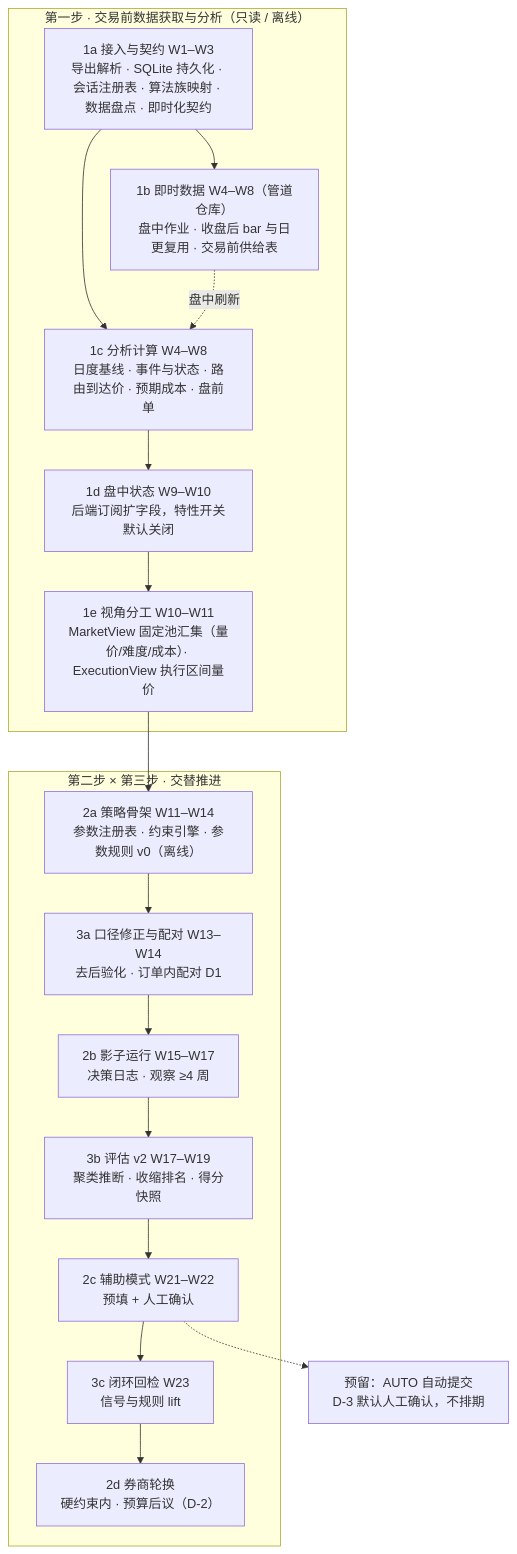
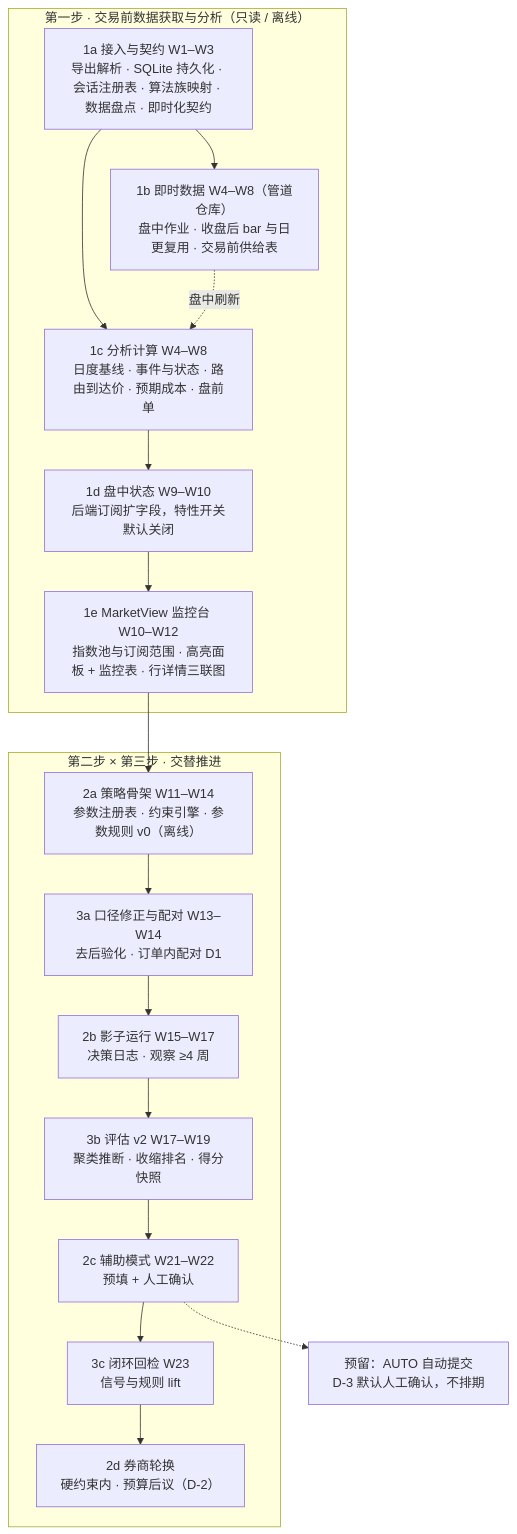
One commit to HRLoveFun/EMSXView changed the second of 2 diagrams in specs/057-execution-decision-loop/plan.md. Above: the diagram before and after it, drawn with Mermaid. The commit also changed other lines of this file and 2 other files, not shown here.

Commit message:
docs: 057 节点一重定义为 MarketView 监控台（高亮面板 + 表格 + 行详情）(057/099) (#196)

````diff
--- a/specs/057-execution-decision-loop/plan.md
+++ b/specs/057-execution-decision-loop/plan.md
@@ -346,25 +343,25 @@
 ```mermaid
 flowchart TD
     subgraph S1["第一步 · 交易前数据获取与分析（只读 / 离线）"]
         A["1a 接入与契约 W1–W3<br>导出解析 · SQLite 持久化 · 会话注册表 · 算法族映射 · 数据盘点 · 即时化契约"]
         B["1b 即时数据 W4–W8（管道仓库）<br>盘中作业 · 收盘后 bar 与日更复用 · 交易前供给表"]
         C["1c 分析计算 W4–W8<br>日度基线 · 事件与状态 · 路由到达价 · 预期成本 · 盘前单"]
         E1["1d 盘中状态 W9–W10<br>后端订阅扩字段，特性开关默认关闭"]
-        E2["1e 视角分工 W10–W11<br>MarketView 固定池汇集（量价/难度/成本）· ExecutionView 执行区间量价"]
+        E2["1e MarketView 监控台 W10–W12<br>指数池与订阅范围 · 高亮面板 + 监控表 · 行详情三联图"]
         A --> B
         A --> C
         B -.->|盘中刷新| C
         C --> E1
         E1 --> E2
     end
     subgraph S23["第二步 × 第三步 · 交替推进"]
         D["2a 策略骨架 W11–W14<br>参数注册表 · 约束引擎 · 参数规则 v0（离线）"] --> E["3a 口径修正与配对 W13–W14<br>去后验化 · 订单内配对 D1"]
         E --> F["2b 影子运行 W15–W17<br>决策日志 · 观察 ≥4 周"]
         F --> G["3b 评估 v2 W17–W19<br>聚类推断 · 收缩排名 · 得分快照"]
         G --> H["2c 辅助模式 W21–W22<br>预填 + 人工确认"]
         H --> I["3c 闭环回检 W23<br>信号与规则 lift"]
         I --> J["2d 券商轮换<br>硬约束内 · 预算后议（D-2）"]
     end
     E2 --> D
     H -.-> K["预留：AUTO 自动提交<br>D-3 默认人工确认，不排期"]
 ```
````
